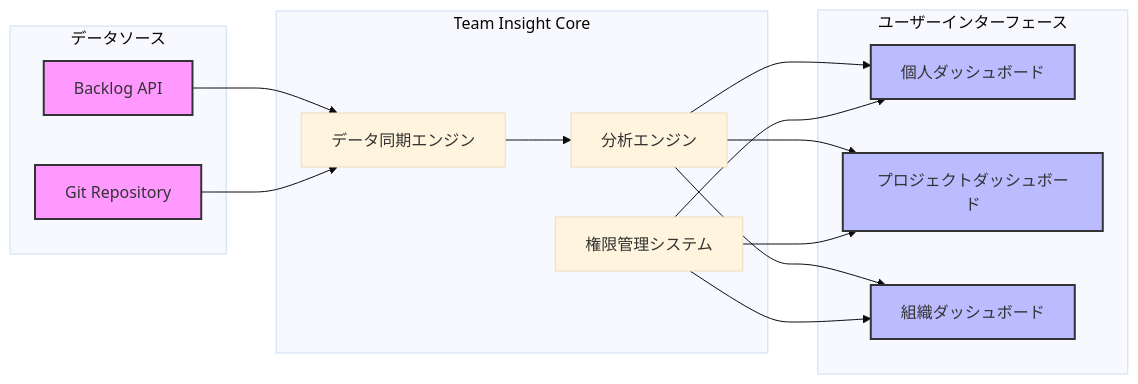
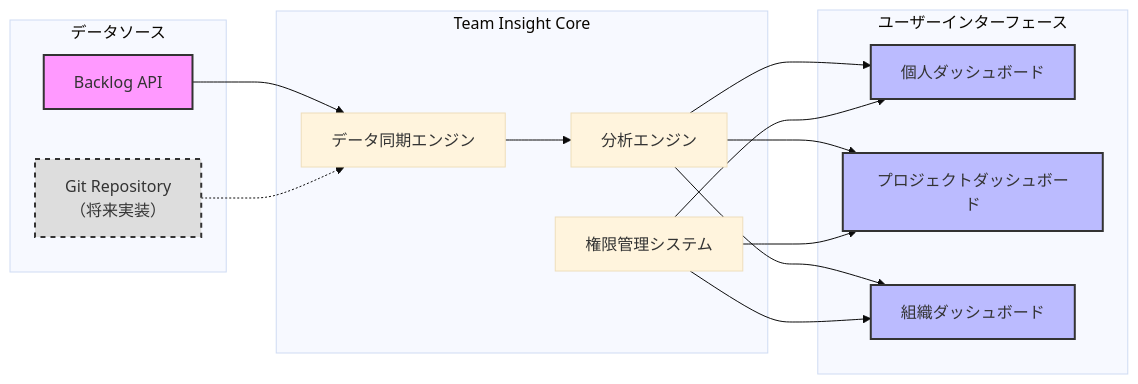
One commit to rasshii/team-insight changed the third of 13 diagrams in Doc/mvp.md. Above: the diagram before and after it, drawn with Mermaid (base theme). The commit also changed other lines of this file and 14 other files, not shown here.

````diff
--- a/Doc/mvp.md
+++ b/Doc/mvp.md
@@ -40,35 +77,35 @@
 ```mermaid
 graph LR
     subgraph "データソース"
         A[Backlog API]
-        B[Git Repository]
+        B[Git Repository<br>（将来実装）]
     end
 
     subgraph "Team Insight Core"
         C[データ同期エンジン]
         D[分析エンジン]
         E[権限管理システム]
     end
 
     subgraph "ユーザーインターフェース"
         F[個人ダッシュボード]
         G[プロジェクトダッシュボード]
         H[組織ダッシュボード]
     end
 
     A --> C
-    B --> C
+    B -.-> C
     C --> D
     D --> F
     D --> G
     D --> H
     E --> F
     E --> G
     E --> H
 
     style A fill:#f9f,stroke:#333,stroke-width:2px
-    style B fill:#f9f,stroke:#333,stroke-width:2px
+    style B fill:#ddd,stroke:#333,stroke-width:2px,stroke-dasharray: 5 5
     style F fill:#bbf,stroke:#333,stroke-width:2px
     style G fill:#bbf,stroke:#333,stroke-width:2px
     style H fill:#bbf,stroke:#333,stroke-width:2px
 ```
````
